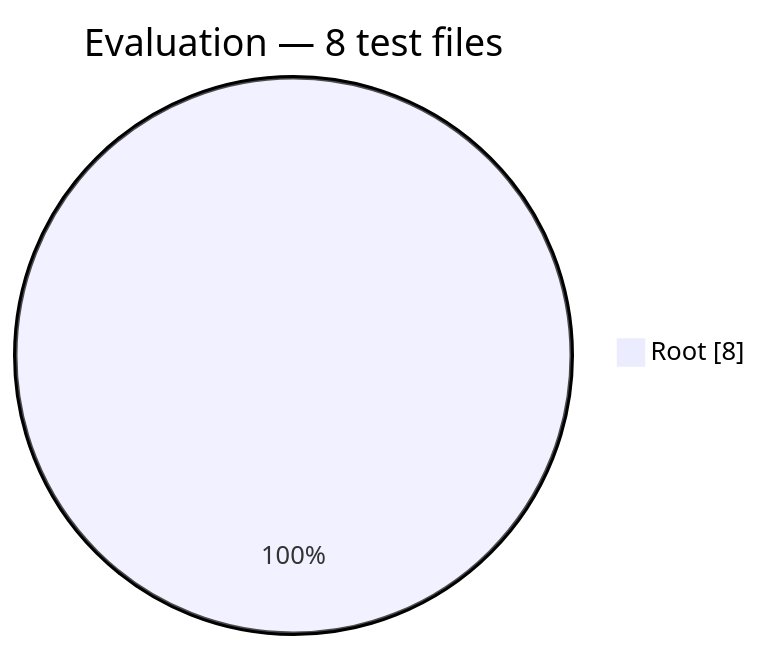
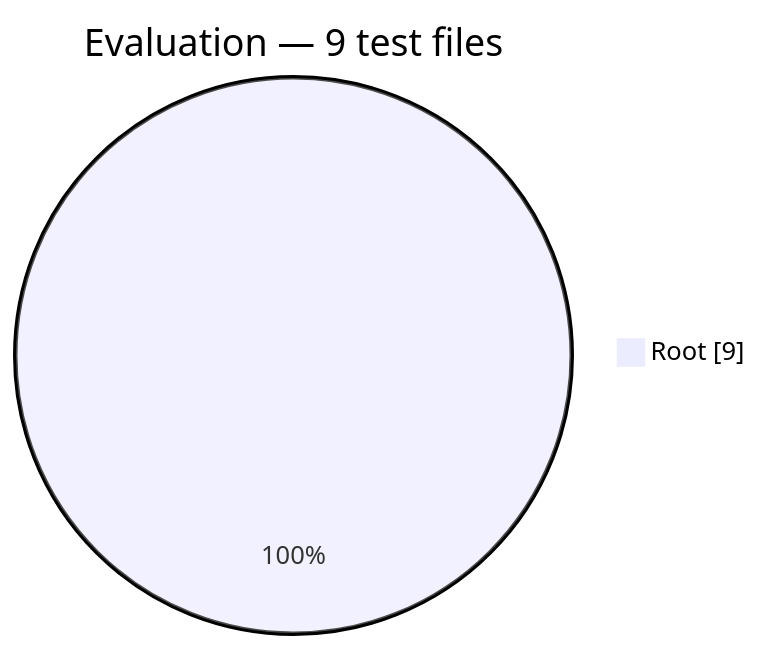
The third of 12 diagrams in docs/generated/test-composition.md (Mohammed-Alama/php-arazzo), drawn with Mermaid before and after one commit. The commit also changed other lines of this file and 7 other files, not shown here.

````diff
--- a/docs/generated/test-composition.md
+++ b/docs/generated/test-composition.md
@@ -42,5 +42,5 @@
 ```mermaid
 pie showData
-    title Evaluation — 8 test files
-    "Root": 8
+    title Evaluation — 9 test files
+    "Root": 9
 ```
````
